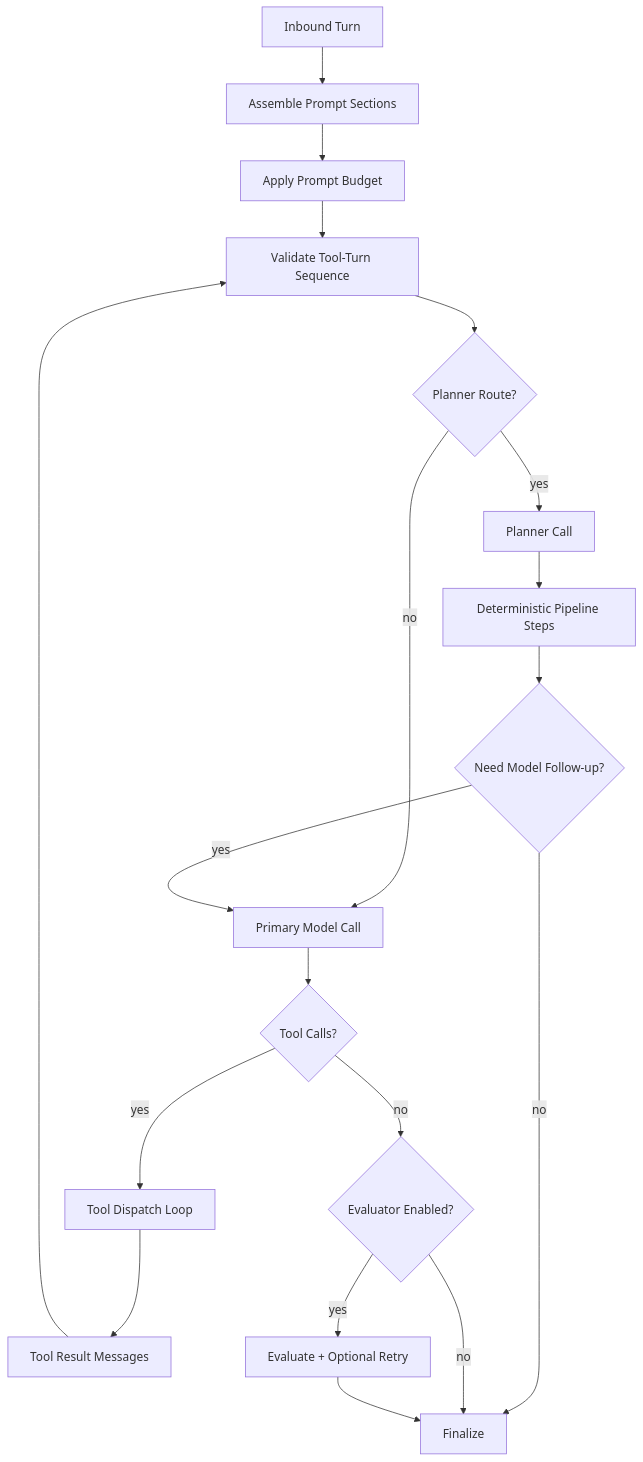
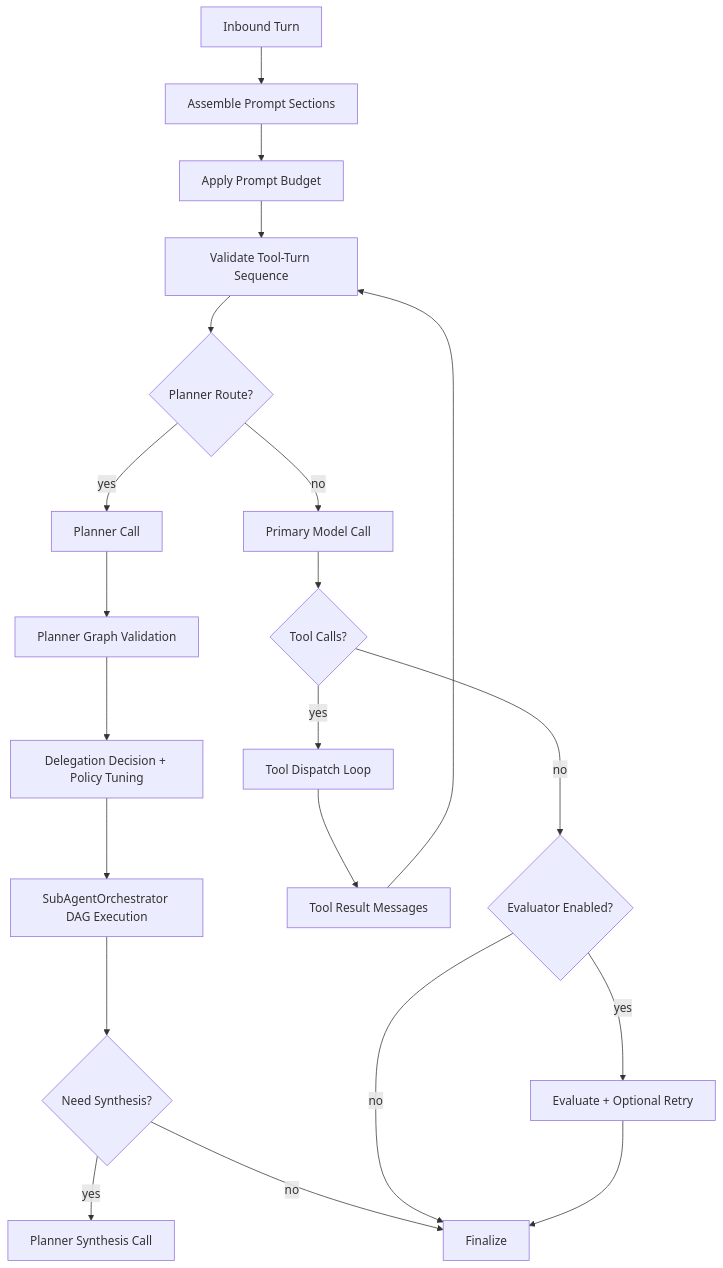
Before and after one commit to tetsuo-ai/AgenC: the diagram in docs/architecture/flows/runtime-chat-pipeline.md, drawn with Mermaid. The commit also changed other lines of this file and 107 other files, not shown here.

First line of the commit message:
feat(runtime,web): BBS terminal UI, delegation engine, pipeline quality gates

````diff
--- a/docs/architecture/flows/runtime-chat-pipeline.md
+++ b/docs/architecture/flows/runtime-chat-pipeline.md
@@ -19,21 +23,23 @@
 ```mermaid
 flowchart TD
   A[Inbound Turn] --> B[Assemble Prompt Sections]
   B --> C[Apply Prompt Budget]
   C --> D[Validate Tool-Turn Sequence]
   D --> E{Planner Route?}
   E -->|yes| F[Planner Call]
   E -->|no| G[Primary Model Call]
-  F --> H[Deterministic Pipeline Steps]
-  H --> I{Need Model Follow-up?}
-  I -->|yes| G
-  I -->|no| J[Finalize]
-  G --> K{Tool Calls?}
-  K -->|yes| L[Tool Dispatch Loop]
-  L --> M[Tool Result Messages]
-  M --> D
-  K -->|no| N{Evaluator Enabled?}
-  N -->|yes| O[Evaluate + Optional Retry]
-  N -->|no| J
-  O --> J
+  F --> H[Planner Graph Validation]
+  H --> I[Delegation Decision + Policy Tuning]
+  I --> J[SubAgentOrchestrator DAG Execution]
+  J --> K{Need Synthesis?}
+  K -->|yes| L[Planner Synthesis Call]
+  K -->|no| M[Finalize]
+  G --> N{Tool Calls?}
+  N -->|yes| O[Tool Dispatch Loop]
+  O --> P[Tool Result Messages]
+  P --> D
+  N -->|no| Q{Evaluator Enabled?}
+  Q -->|yes| R[Evaluate + Optional Retry]
+  Q -->|no| M
+  R --> M
 ```
````
